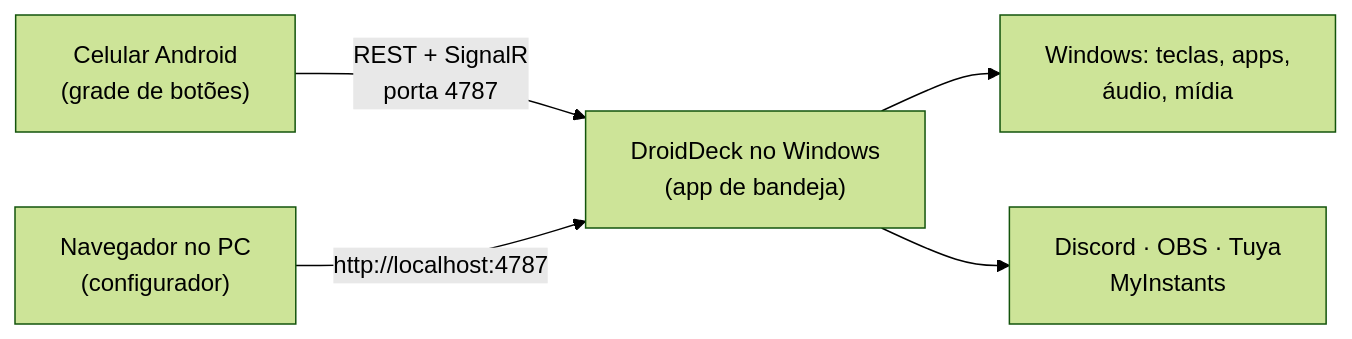
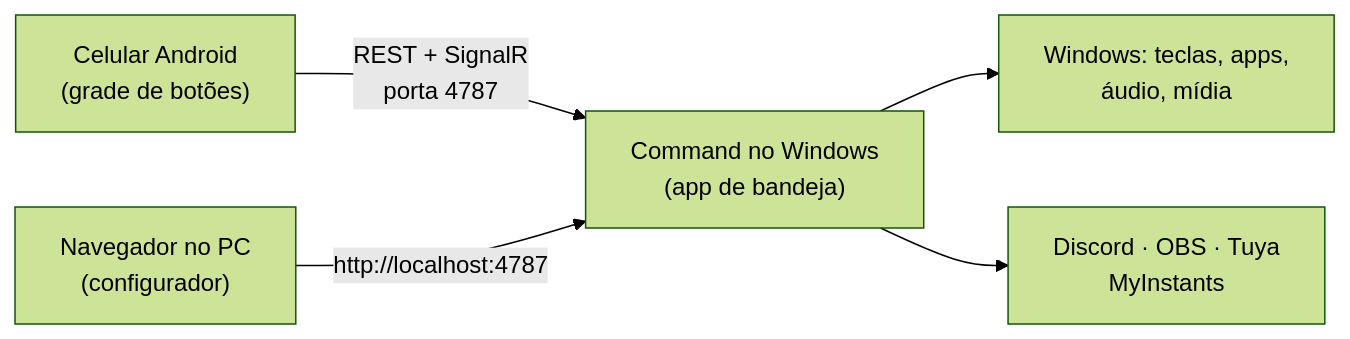
Before and after one commit to playertwo1/Command: the diagram in README.pt-BR.md, drawn with Mermaid (forest theme). The commit also changed other lines of this file and 716 other files, not shown here.

Commit message:
refactor: rename DroidDeck branding to Command

````diff
--- a/README.pt-BR.md
+++ b/README.pt-BR.md
@@ -93,7 +93,7 @@
 ```mermaid
 flowchart LR
-  phone["Celular Android<br/>(grade de botões)"] -- "REST + SignalR<br/>porta 4787" --> pc["DroidDeck no Windows<br/>(app de bandeja)"]
+  phone["Celular Android<br/>(grade de botões)"] -- "REST + SignalR<br/>porta 4787" --> pc["Command no Windows<br/>(app de bandeja)"]
   browser["Navegador no PC<br/>(configurador)"] -- "http://localhost:4787" --> pc
   pc --> win["Windows: teclas, apps,<br/>áudio, mídia"]
   pc --> ext["Discord · OBS · Tuya<br/>MyInstants"]
 ```
````
